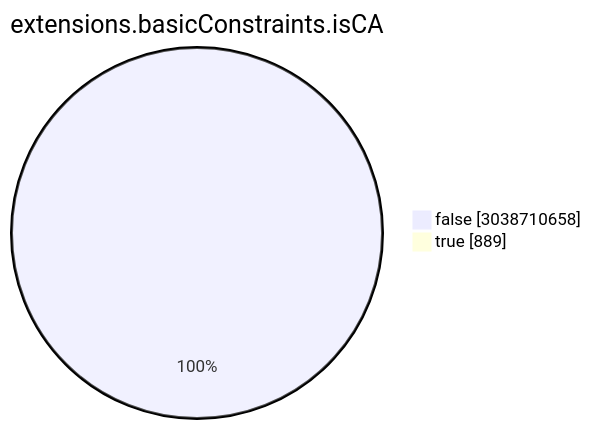
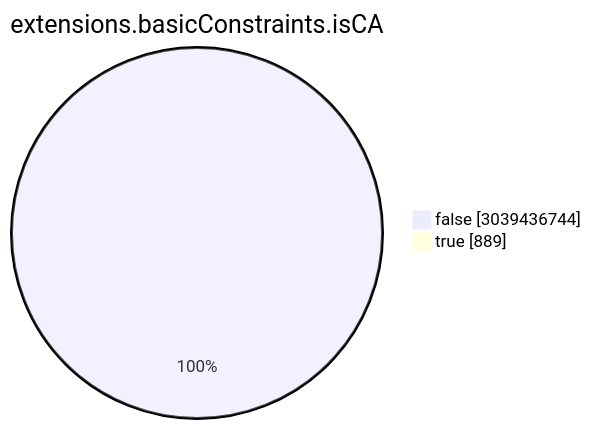
Before and after one commit to christiankrug/ctmonitor_visualization: the seventh of 15 diagrams in TOTAL/README.md, drawn with Mermaid. The commit also changed other lines of this file, not shown here.

````diff
--- a/TOTAL/README.md
+++ b/TOTAL/README.md
@@ -3088,6 +3088,6 @@
 ```mermaid
 pie showData
 title extensions.basicConstraints.isCA
-"false" :3038710658
+"false" :3039436744
 "true" :889
 ```
````
